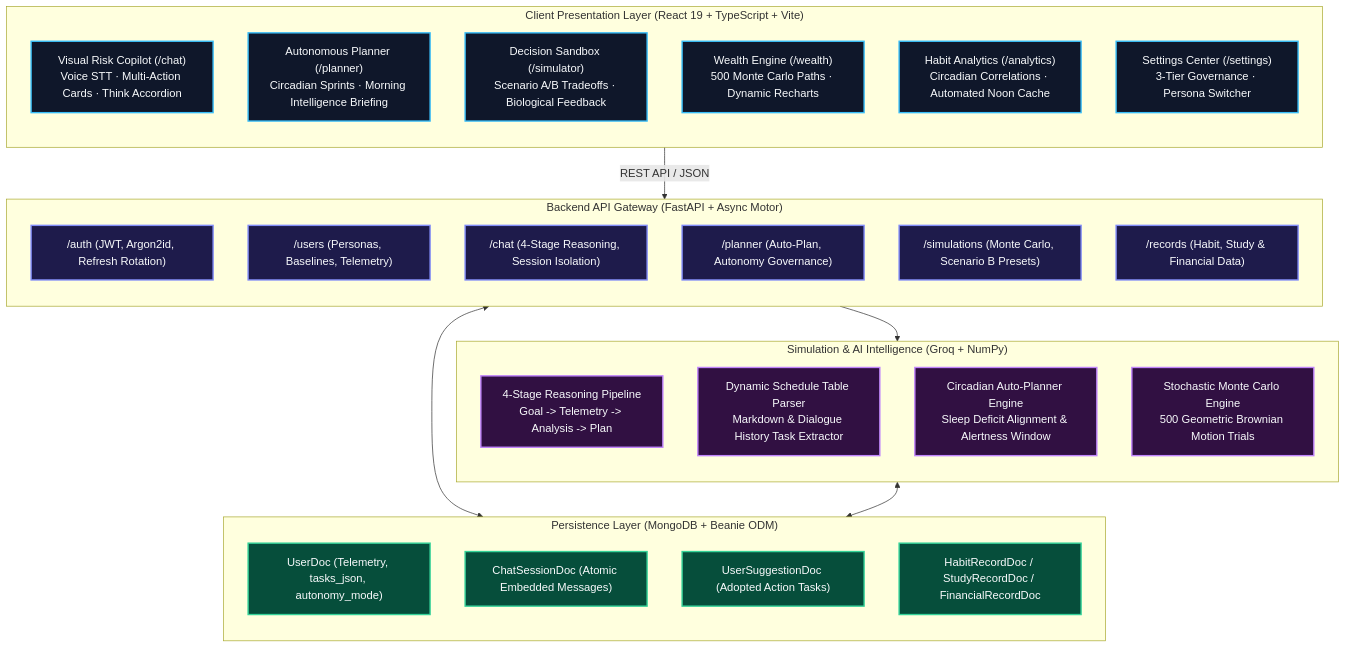
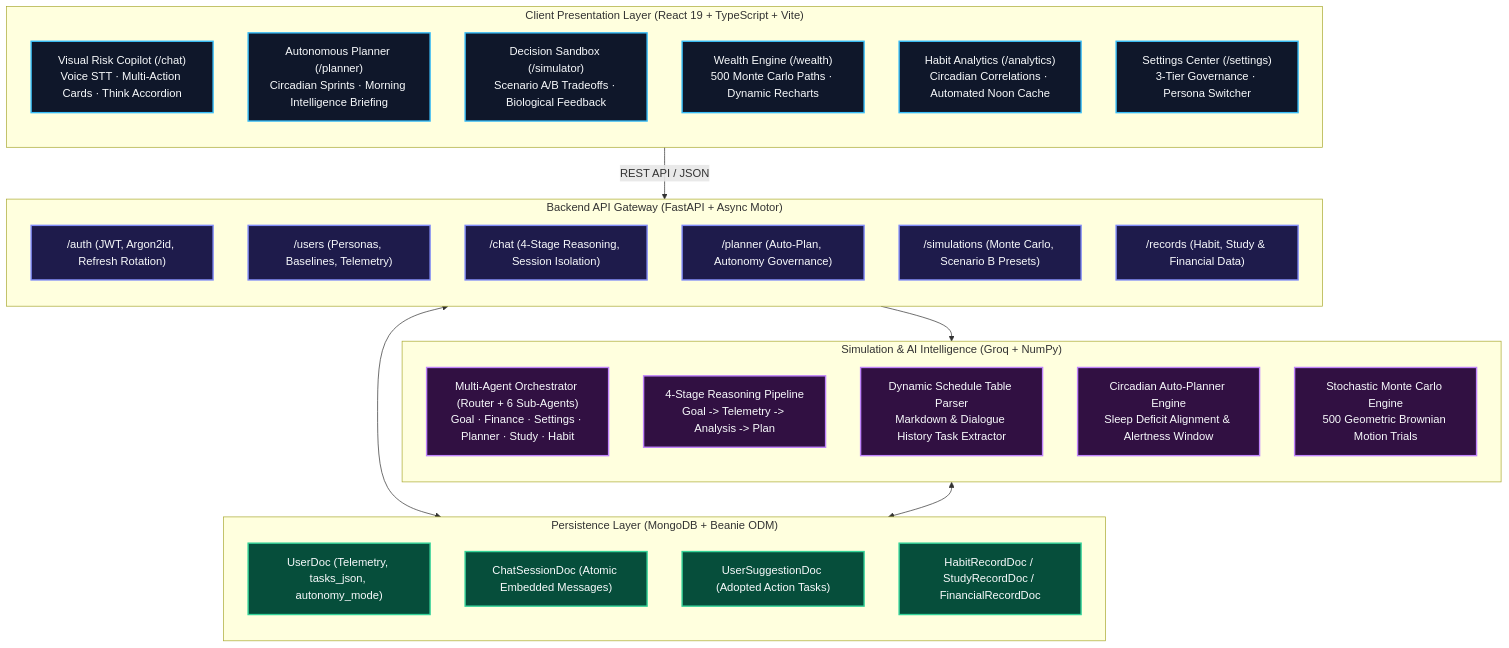
Before and after one commit to notysozu/AI-Based-Visual-Risk-and-Compliance-Intelligence-System: the second of 4 diagrams in README.md, drawn with Mermaid. The commit also changed other lines of this file and 5 other files, not shown here.

Commit message:
docs: update system architecture, copilot multi-agent docs, study cockpit, and API references

````diff
--- a/README.md
+++ b/README.md
@@ -58,49 +58,50 @@
 ```mermaid
 flowchart TB
   %% Styling
   classDef clientStyle fill:#0f172a,stroke:#38bdf8,stroke-width:2px,color:#f8fafc;
   classDef gatewayStyle fill:#1e1b4b,stroke:#818cf8,stroke-width:2px,color:#f8fafc;
   classDef aiStyle fill:#311042,stroke:#c084fc,stroke-width:2px,color:#f8fafc;
   classDef dbStyle fill:#064e3b,stroke:#34d399,stroke-width:2px,color:#f8fafc;
 
   subgraph Client["Client Presentation Layer (React 19 + TypeScript + Vite)"]
     direction TB
     C_Chat["Visual Risk Copilot (/chat)<br/>Voice STT · Multi-Action Cards · Think Accordion"]:::clientStyle
     C_Plan["Autonomous Planner (/planner)<br/>Circadian Sprints · Morning Intelligence Briefing"]:::clientStyle
     C_Sim["Decision Sandbox (/simulator)<br/>Scenario A/B Tradeoffs · Biological Feedback"]:::clientStyle
     C_Wealth["Wealth Engine (/wealth)<br/>500 Monte Carlo Paths · Dynamic Recharts"]:::clientStyle
     C_Habits["Habit Analytics (/analytics)<br/>Circadian Correlations · Automated Noon Cache"]:::clientStyle
     C_Set["Settings Center (/settings)<br/>3-Tier Governance · Persona Switcher"]:::clientStyle
   end
 
   subgraph Gateway["Backend API Gateway (FastAPI + Async Motor)"]
     direction TB
     R_Auth["/auth (JWT, Argon2id, Refresh Rotation)"]:::gatewayStyle
     R_Users["/users (Personas, Baselines, Telemetry)"]:::gatewayStyle
     R_Chat["/chat (4-Stage Reasoning, Session Isolation)"]:::gatewayStyle
     R_Plan["/planner (Auto-Plan, Autonomy Governance)"]:::gatewayStyle
     R_Sim["/simulations (Monte Carlo, Scenario B Presets)"]:::gatewayStyle
     R_Rec["/records (Habit, Study & Financial Data)"]:::gatewayStyle
   end
 
   subgraph AI["Simulation & AI Intelligence (Groq + NumPy)"]
     direction TB
+    AI_Agents["Multi-Agent Orchestrator (Router + 6 Sub-Agents)<br/>Goal · Finance · Settings · Planner · Study · Habit"]:::aiStyle
     AI_Reasoner["4-Stage Reasoning Pipeline<br/>Goal -> Telemetry -> Analysis -> Plan"]:::aiStyle
     AI_Parser["Dynamic Schedule Table Parser<br/>Markdown & Dialogue History Task Extractor"]:::aiStyle
     AI_AutoPlan["Circadian Auto-Planner Engine<br/>Sleep Deficit Alignment & Alertness Window"]:::aiStyle
     AI_MC["Stochastic Monte Carlo Engine<br/>500 Geometric Brownian Motion Trials"]:::aiStyle
   end
 
   subgraph DB["Persistence Layer (MongoDB + Beanie ODM)"]
     direction TB
     M_User["UserDoc (Telemetry, tasks_json, autonomy_mode)"]:::dbStyle
     M_Chat["ChatSessionDoc (Atomic Embedded Messages)"]:::dbStyle
     M_Sug["UserSuggestionDoc (Adopted Action Tasks)"]:::dbStyle
     M_Records["HabitRecordDoc / StudyRecordDoc / FinancialRecordDoc"]:::dbStyle
   end
 
   Client -->|REST API / JSON| Gateway
   Gateway --> AI
   Gateway <--> DB
   AI <--> DB
 ```
````
